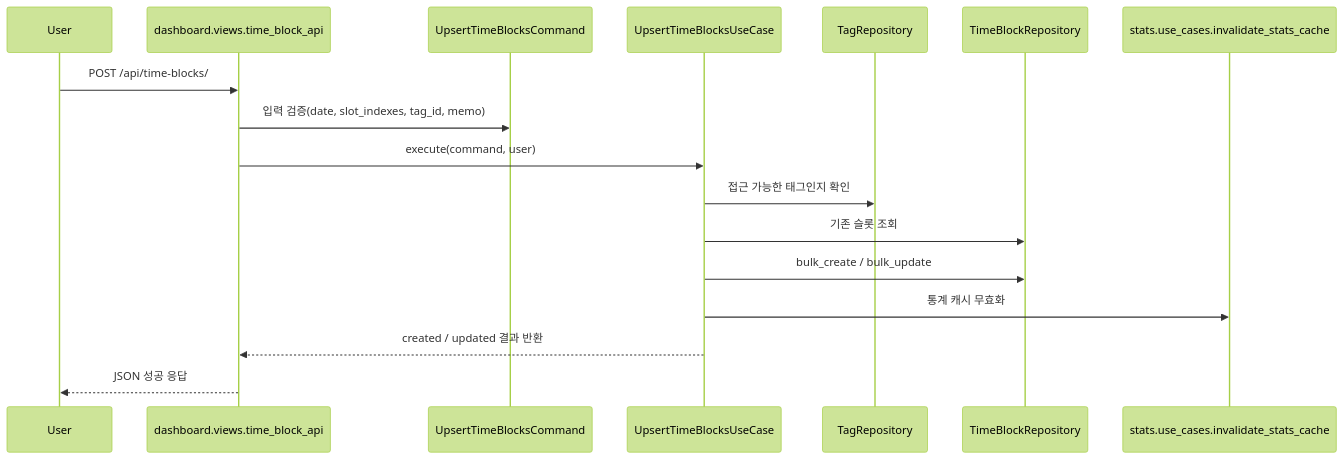
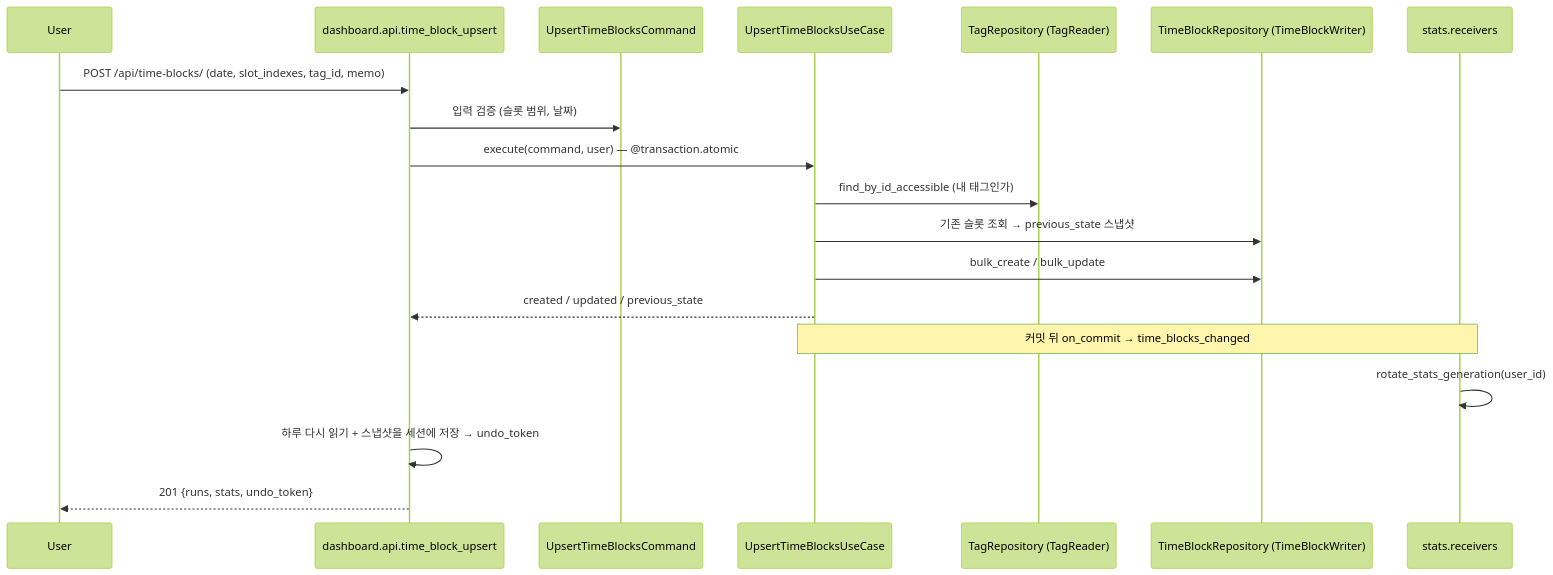
Before and after one commit to youngroknroll/life_diary: the first of 3 diagrams in lifeDiary/docs/architecture/2026-04-21_business-logic-and-architecture-guide.md, drawn with Mermaid (forest theme). The commit also changed other lines of this file and 1 other file, not shown here.

First line of the commit message:
docs(architecture): 비즈니스 로직·아키텍처 가이드를 2026-10-08 코드 기준으로 갱신한다

````diff
--- a/lifeDiary/docs/architecture/2026-04-21_business-logic-and-architecture-guide.md
+++ b/lifeDiary/docs/architecture/2026-04-21_business-logic-and-architecture-guide.md
@@ -213,20 +283,22 @@
 ```mermaid
 sequenceDiagram
     participant U as User
-    participant V as dashboard.views.time_block_api
+    participant A as dashboard.api.time_block_upsert
     participant C as UpsertTimeBlocksCommand
     participant UC as UpsertTimeBlocksUseCase
-    participant TR as TagRepository
-    participant TBR as TimeBlockRepository
-    participant SC as stats.use_cases.invalidate_stats_cache
+    participant TR as TagRepository (TagReader)
+    participant TBR as TimeBlockRepository (TimeBlockWriter)
+    participant S as stats.receivers
 
-    U->>V: POST /api/time-blocks/
-    V->>C: 입력 검증(date, slot_indexes, tag_id, memo)
-    V->>UC: execute(command, user)
-    UC->>TR: 접근 가능한 태그인지 확인
-    UC->>TBR: 기존 슬롯 조회
+    U->>A: POST /api/time-blocks/ (date, slot_indexes, tag_id, memo)
+    A->>C: 입력 검증 (슬롯 범위, 날짜)
+    A->>UC: execute(command, user)  — @transaction.atomic
+    UC->>TR: find_by_id_accessible (내 태그인가)
+    UC->>TBR: 기존 슬롯 조회 → previous_state 스냅샷
     UC->>TBR: bulk_create / bulk_update
-    UC->>SC: 통계 캐시 무효화
-    UC-->>V: created / updated 결과 반환
-    V-->>U: JSON 성공 응답
+    UC-->>A: created / updated / previous_state
+    Note over UC,S: 커밋 뒤 on_commit → time_blocks_changed
+    S->>S: rotate_stats_generation(user_id)
+    A->>A: 하루 다시 읽기 + 스냅샷을 세션에 저장 → undo_token
+    A-->>U: 201 {runs, stats, undo_token}
 ```
````
